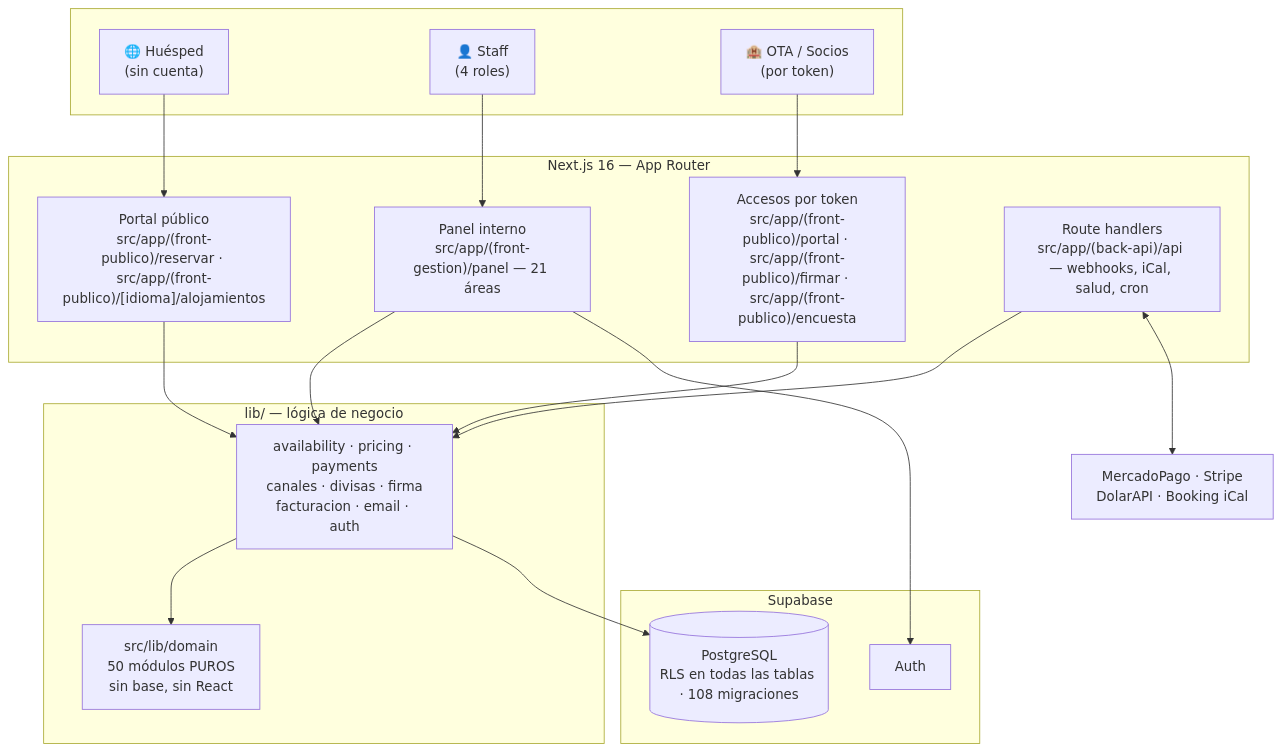
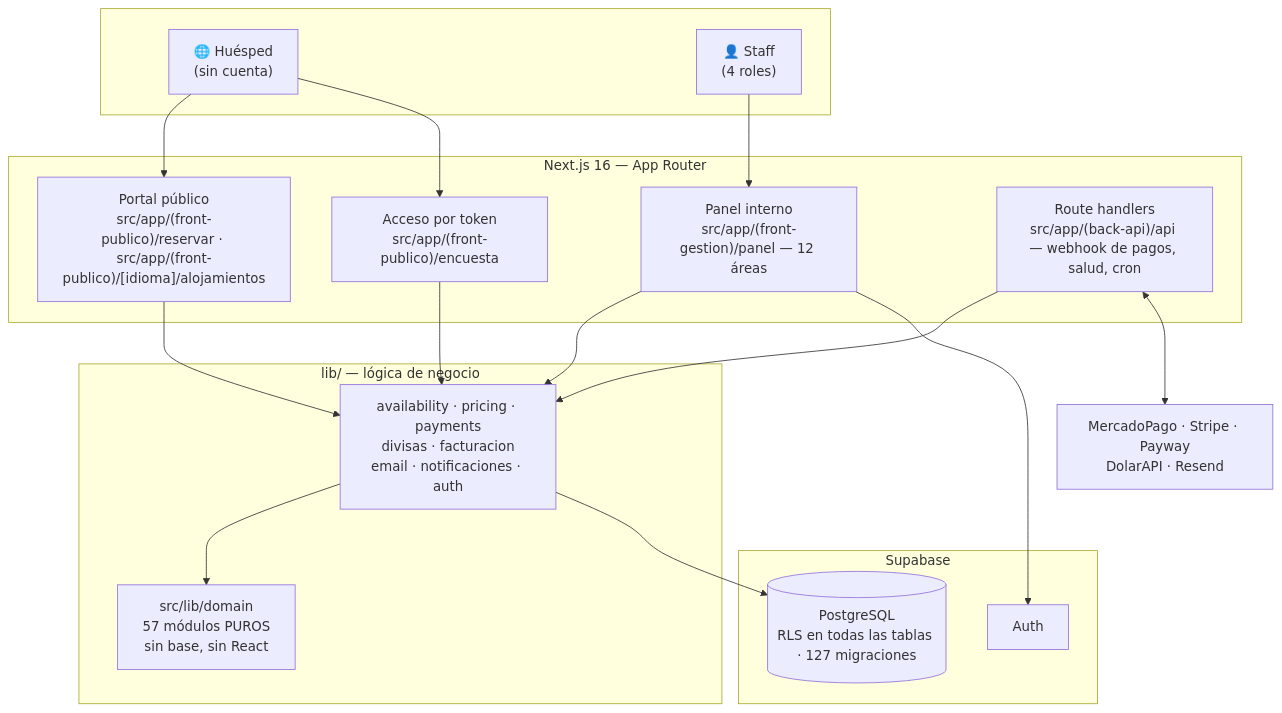
Before and after one commit to blanca-patagonia/BlancaPatagoniaHotelApp: the diagram in docs/wiki/Arquitectura.md, drawn with Mermaid. The commit also changed other lines of this file and 20 other files, not shown here.

````diff
--- a/docs/wiki/Arquitectura.md
+++ b/docs/wiki/Arquitectura.md
@@ -14,36 +14,35 @@
 ```mermaid
 flowchart TB
     subgraph clientes[" "]
         H["🌐 Huésped<br/>(sin cuenta)"]
         S["👤 Staff<br/>(4 roles)"]
-        O["🏨 OTA / Socios<br/>(por token)"]
     end
 
     subgraph next["Next.js 16 — App Router"]
         POR["Portal público<br/>src/app/(front-publico)/reservar · src/app/(front-publico)/[idioma]/alojamientos"]
-        PAN["Panel interno<br/>src/app/(front-gestion)/panel — 21 áreas"]
-        TOK["Accesos por token<br/>src/app/(front-publico)/portal · src/app/(front-publico)/firmar · src/app/(front-publico)/encuesta"]
-        API["Route handlers<br/>src/app/(back-api)/api — webhooks, iCal, salud, cron"]
+        PAN["Panel interno<br/>src/app/(front-gestion)/panel — 12 áreas"]
+        TOK["Acceso por token<br/>src/app/(front-publico)/encuesta"]
+        API["Route handlers<br/>src/app/(back-api)/api — webhook de pagos, salud, cron"]
     end
 
     subgraph logica["lib/ — lógica de negocio"]
-        DOM["src/lib/domain<br/>50 módulos PUROS<br/>sin base, sin React"]
-        SRV["availability · pricing · payments<br/>canales · divisas · firma<br/>facturacion · email · auth"]
+        DOM["src/lib/domain<br/>57 módulos PUROS<br/>sin base, sin React"]
+        SRV["availability · pricing · payments<br/>divisas · facturacion<br/>email · notificaciones · auth"]
     end
 
     subgraph datos["Supabase"]
-        PG[("PostgreSQL<br/>RLS en todas las tablas · 108 migraciones")]
+        PG[("PostgreSQL<br/>RLS en todas las tablas · 127 migraciones")]
         AUTH["Auth"]
     end
 
-    EXT["MercadoPago · Stripe<br/>DolarAPI · Booking iCal"]
+    EXT["MercadoPago · Stripe · Payway<br/>DolarAPI · Resend"]
 
     H --> POR
+    H --> TOK
     S --> PAN
-    O --> TOK
     POR & PAN & TOK & API --> SRV
     SRV --> DOM
     SRV --> PG
     PAN --> AUTH
     API <--> EXT
 ```
````
